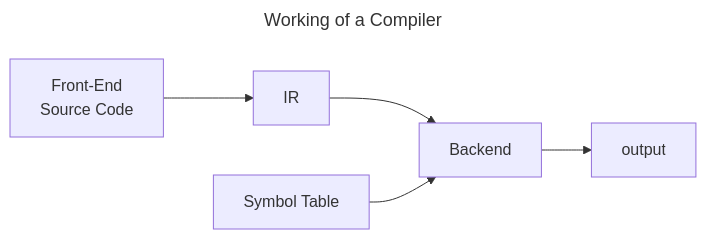
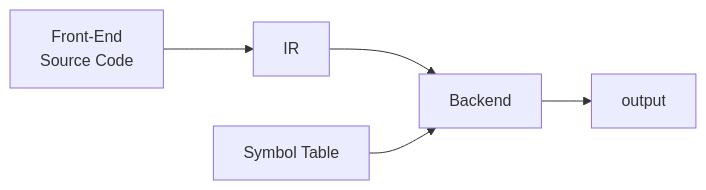
The diagram in year3/Compiler Constuction/Introduction of Compiler/00 Working of a Compiler.md (kevin-samson/obsidian-vault), drawn with Mermaid before and after one commit. The commit also changed 2 other files, not shown here.

Commit message:
vault backup: 2024-02-24 11:47:17

````diff
--- a/year3/Compiler Constuction/Introduction of Compiler/00 Working of a Compiler.md
+++ b/year3/Compiler Constuction/Introduction of Compiler/00 Working of a Compiler.md
@@ -19,16 +19,12 @@
 ```mermaid
----
-title: Working of a Compiler 
----
-
 flowchart LR
 
 newline["Front-End
 Source Code"
 ]-->IR
 IR-->B
 B-->output
 ST[Symbol Table]
 ST --> B[Backend]
 
 ```
````
